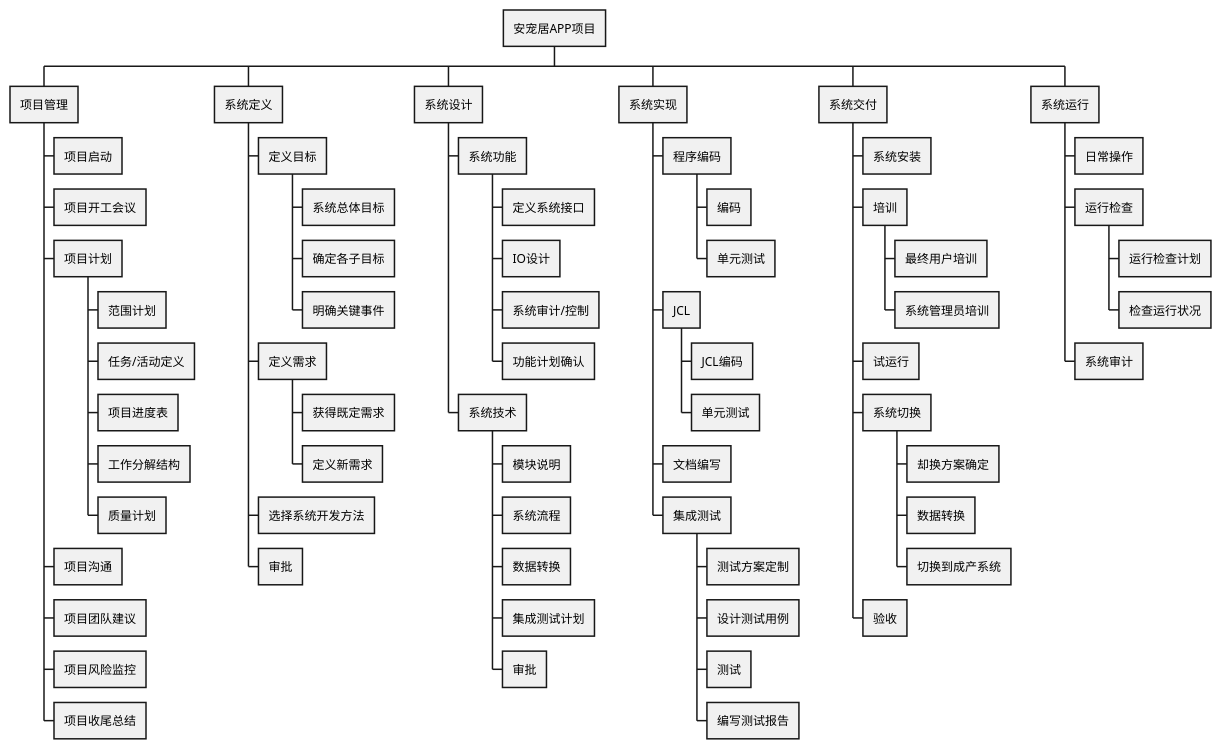
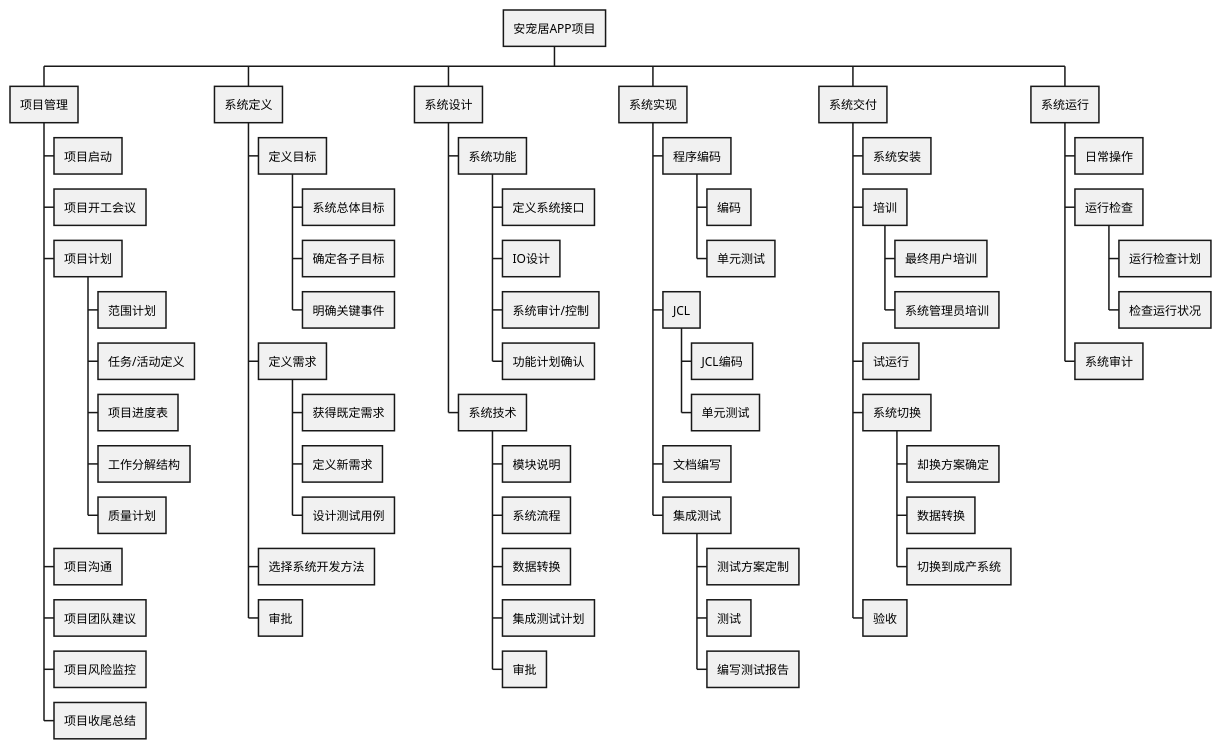
The diagram in WBS.plantuml (xftxyz2001/project-management-pet-home), drawn with PlantUML before and after one commit. The commit also changed other lines of this file and 3 other files, not shown here.

```diff
--- a/WBS.plantuml
+++ b/WBS.plantuml
@@ -1,68 +1,68 @@
 @startwbs
 * 安宠居APP项目
 ** 项目管理
 *** 项目启动
 *** 项目开工会议
 *** 项目计划
 **** 范围计划
 **** 任务/活动定义
 **** 项目进度表
 **** 工作分解结构
 **** 质量计划
 *** 项目沟通
 *** 项目团队建议
 *** 项目风险监控
 *** 项目收尾总结
 ** 系统定义
 *** 定义目标
 **** 系统总体目标
 **** 确定各子目标
 **** 明确关键事件
 *** 定义需求
 **** 获得既定需求
 **** 定义新需求
+**** 设计测试用例
 *** 选择系统开发方法
 *** 审批
 ** 系统设计
 *** 系统功能
 **** 定义系统接口
 **** IO设计
 **** 系统审计/控制
 **** 功能计划确认
 *** 系统技术
 **** 模块说明
 **** 系统流程
 **** 数据转换
 **** 集成测试计划
 **** 审批
 ** 系统实现
 *** 程序编码
 **** 编码
 **** 单元测试
 *** JCL
 **** JCL编码
 **** 单元测试
 *** 文档编写
 *** 集成测试
 **** 测试方案定制
-**** 设计测试用例
 **** 测试
 **** 编写测试报告
 ** 系统交付
 *** 系统安装
 *** 培训
 **** 最终用户培训
 **** 系统管理员培训
 *** 试运行
 *** 系统切换
 **** 却换方案确定
 **** 数据转换
 **** 切换到成产系统
 *** 验收
 ** 系统运行
 *** 日常操作
 *** 运行检查
 **** 运行检查计划
 **** 检查运行状况
 *** 系统审计
 @endwbs
```
